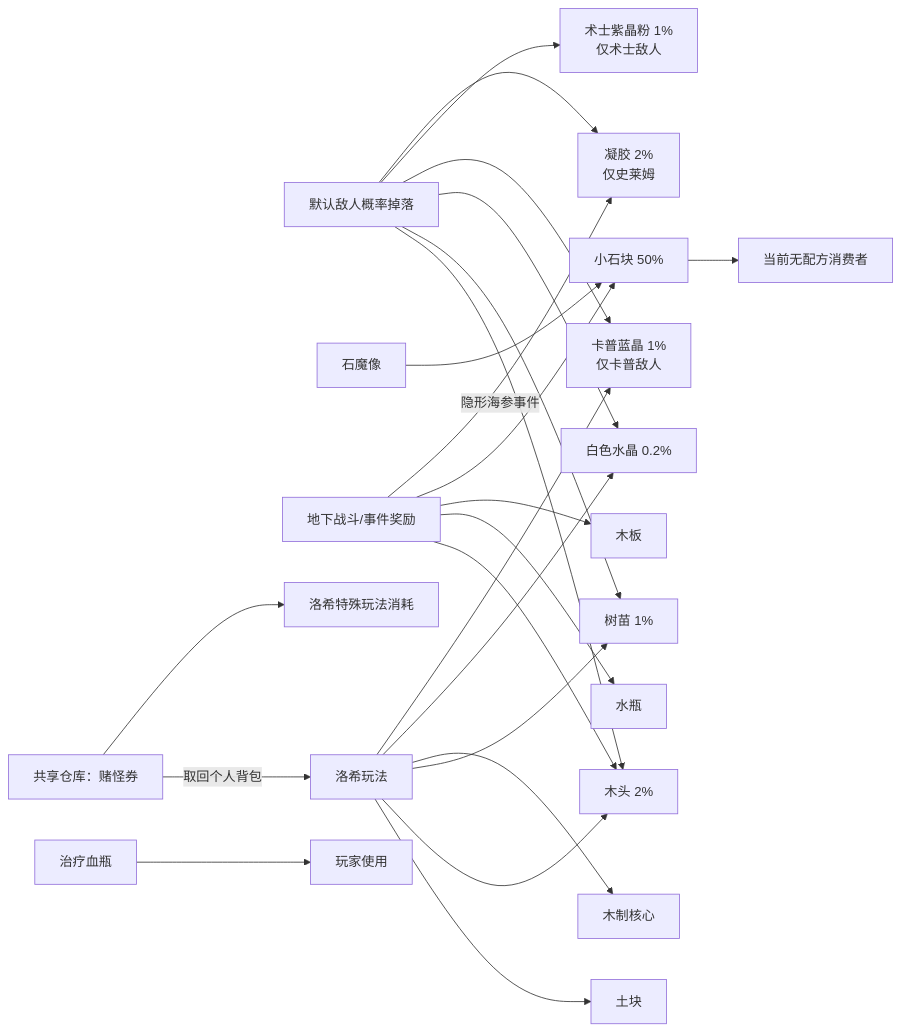
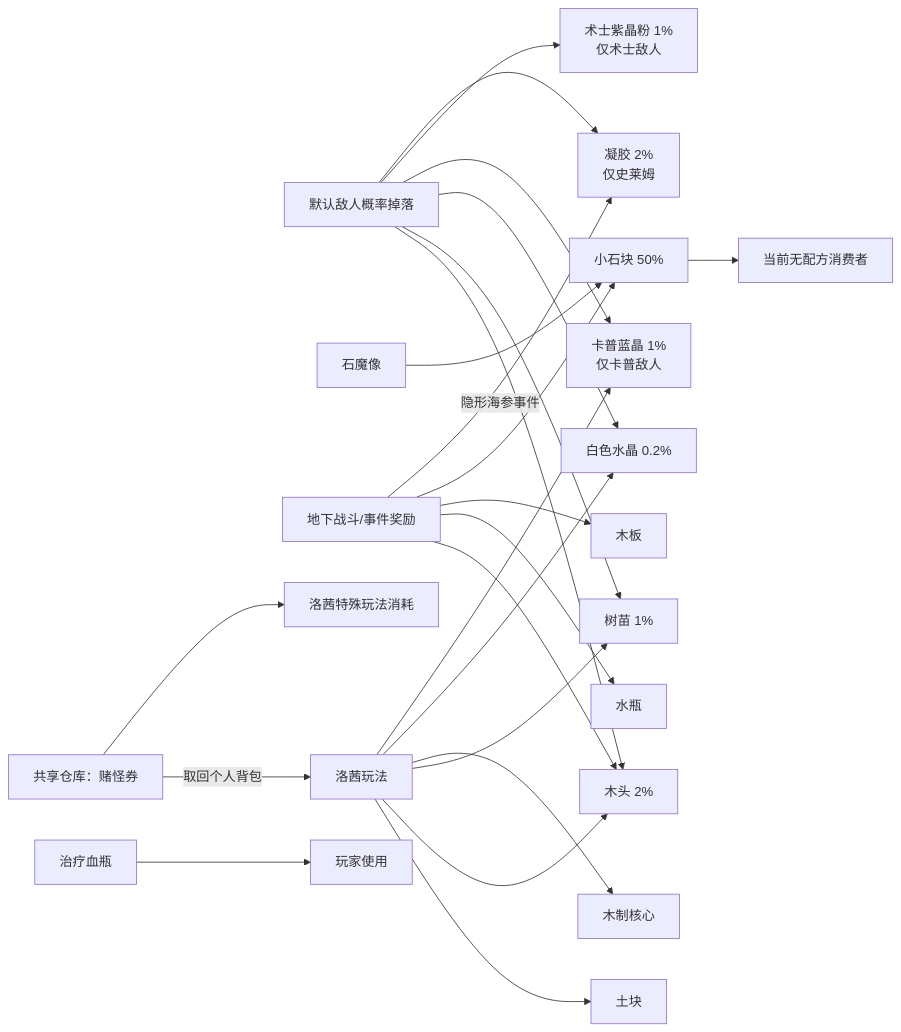
The ninth of 9 diagrams in reports/tower_defense_production_flow.md (wanheng20031114/arc-nice), drawn with Mermaid before and after one commit.

Commit message:
修正生产流程图角色名称

````diff
--- a/reports/tower_defense_production_flow.md
+++ b/reports/tower_defense_production_flow.md
@@ -292,26 +292,26 @@
 ```mermaid
 flowchart LR
     Enemy["默认敌人概率掉落"] --> Wood["木头 2%"]
     Enemy --> Sapling["树苗 1%"]
     Enemy --> White["白色水晶 0.2%"]
     Enemy --> Blue["卡普蓝晶 1%<br/>仅卡普敌人"]
     Enemy --> Violet["术士紫晶粉 1%<br/>仅术士敌人"]
     Enemy --> Gel["凝胶 2%<br/>仅史莱姆"]
     Golem["石魔像"] --> Stone["小石块 50%"]
     Rogue["地下战斗/事件奖励"] --> Wood
     Rogue --> Water["水瓶"]
     Rogue --> Plank["木板"]
     Rogue --> Stone
     Rogue -->|"隐形海参事件"| Gel
-    Luoxi["洛希玩法"] --> Dirt["土块"]
+    Luoxi["洛茜玩法"] --> Dirt["土块"]
     Luoxi --> Wood
     Luoxi --> Sapling
     Luoxi --> Core["木制核心"]
     Luoxi --> White
     Luoxi --> Blue
 
     Ticket["共享仓库：赌怪券"] -->|"取回个人背包"| Luoxi
     Stone --> Terminal1["当前无配方消费者"]
-    Ticket --> Terminal2["洛希特殊玩法消耗"]
+    Ticket --> Terminal2["洛茜特殊玩法消耗"]
     Potion["治疗血瓶"] --> Terminal3["玩家使用"]
 ```
````
